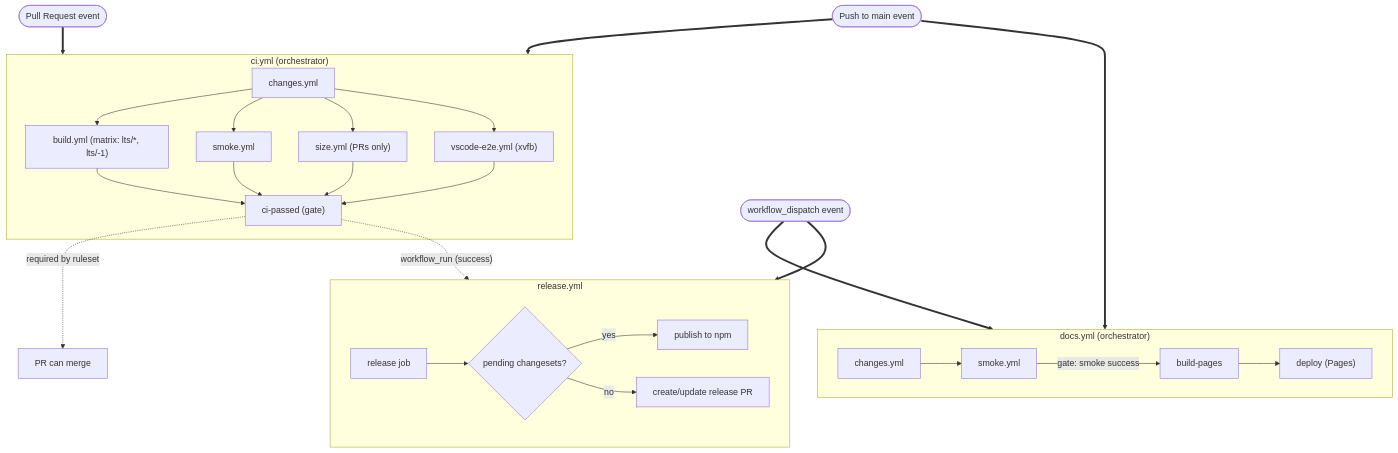
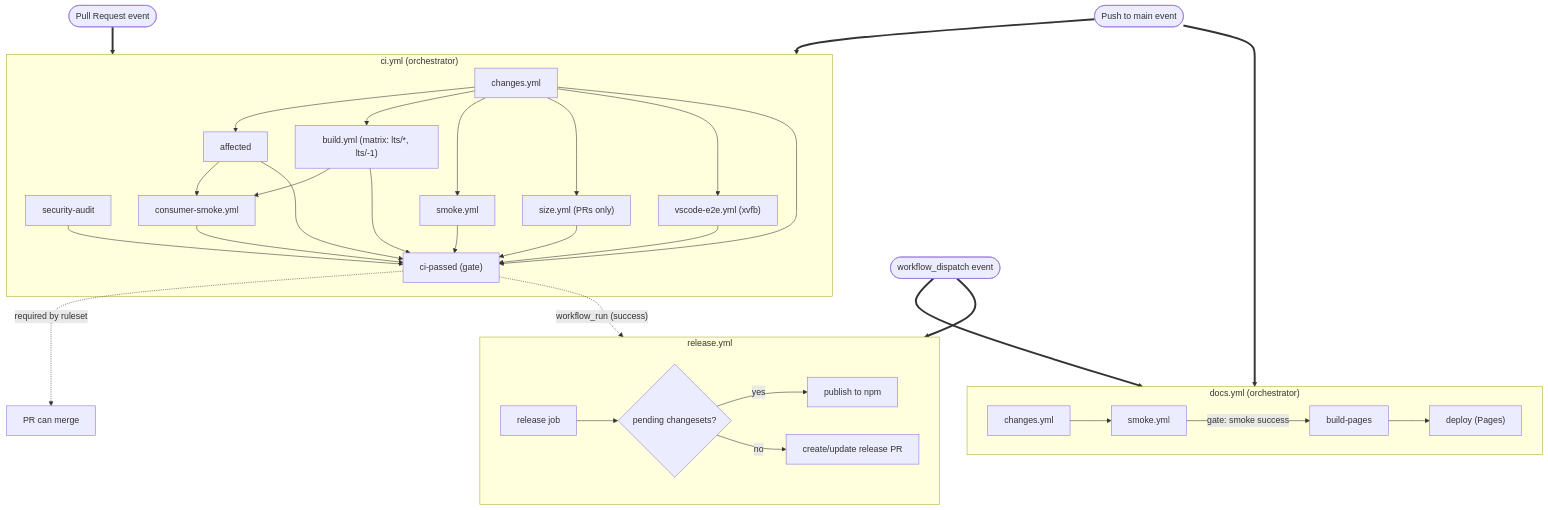
The first of 2 diagrams in .github/workflows/README.md (thejustinwalsh/three-flatland), drawn with Mermaid before and after one commit. The commit also changed other lines of this file and 1 other file, not shown here.

Commit message:
ci(security): address adversarial review

````diff
--- a/.github/workflows/README.md
+++ b/.github/workflows/README.md
@@ -5,41 +5,49 @@
 ```mermaid
 graph TD
     PR(["Pull Request event"])
     Push(["Push to main event"])
     Manual(["workflow_dispatch event"])
 
     subgraph CIOrch ["ci.yml (orchestrator)"]
         CIChanges["changes.yml"]
+        CIAudit["security-audit"]
+        CIChanges --> CIAffected["affected"]
         CIChanges --> CIBuild["build.yml (matrix: lts/*, lts/-1)"]
         CIChanges --> CISmoke["smoke.yml"]
         CIChanges --> CISize["size.yml (PRs only)"]
         CIChanges --> CIVscodeE2E["vscode-e2e.yml (xvfb)"]
-        CIBuild --> Gate["ci-passed (gate)"]
+        CIBuild --> CIConsumerSmoke["consumer-smoke.yml"]
+        CIAffected --> CIConsumerSmoke
+        CIChanges --> Gate["ci-passed (gate)"]
+        CIAudit --> Gate
+        CIAffected --> Gate
+        CIBuild --> Gate
         CISmoke --> Gate
         CISize --> Gate
         CIVscodeE2E --> Gate
+        CIConsumerSmoke --> Gate
     end
 
     subgraph DocsOrch ["docs.yml (orchestrator)"]
         DocsChanges["changes.yml"]
         DocsChanges --> DocsSmoke["smoke.yml"]
         DocsSmoke -->|"gate: smoke success"| BuildPages["build-pages"]
         BuildPages --> DocsDeploy["deploy (Pages)"]
     end
 
     subgraph ReleaseFlow ["release.yml"]
         Release["release job"]
         Release --> Changesets{"pending changesets?"}
         Changesets -->|yes| Publish["publish to npm"]
         Changesets -->|no| ReleasePR["create/update release PR"]
     end
 
     PR ==> CIOrch
     Push ==> CIOrch
     Push ==> DocsOrch
     Manual ==> DocsOrch
     Manual ==> ReleaseFlow
 
     Gate -.->|"workflow_run (success)"| ReleaseFlow
     Gate -.->|"required by ruleset"| Merge["PR can merge"]
 ```
````
